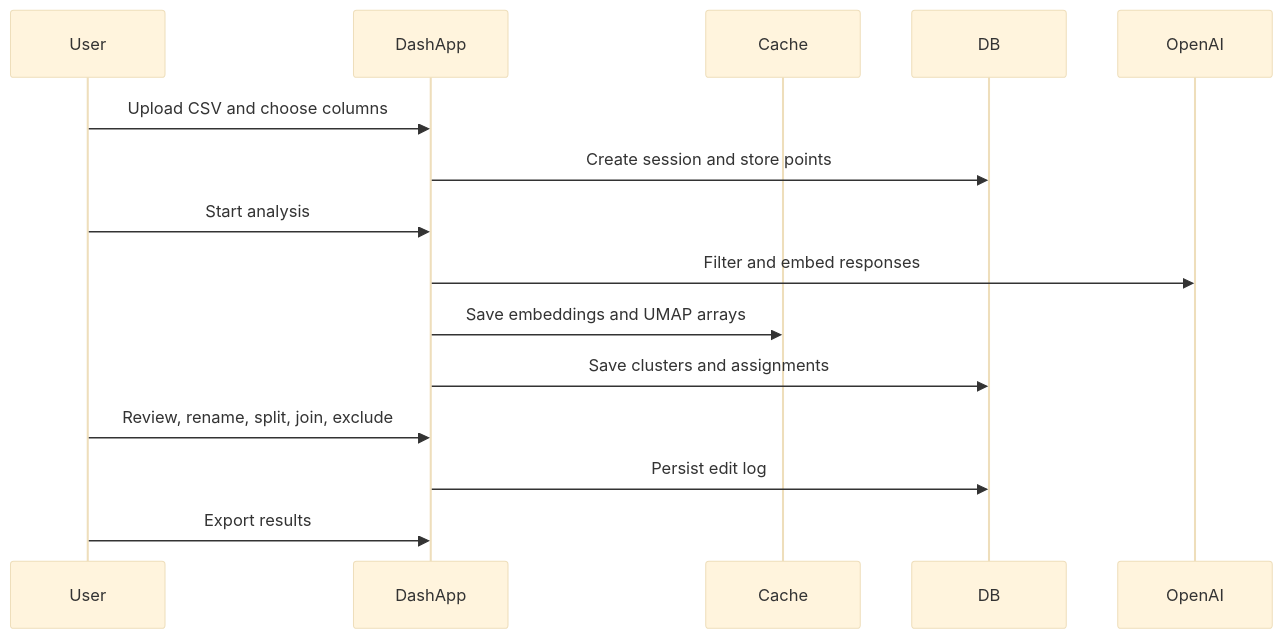
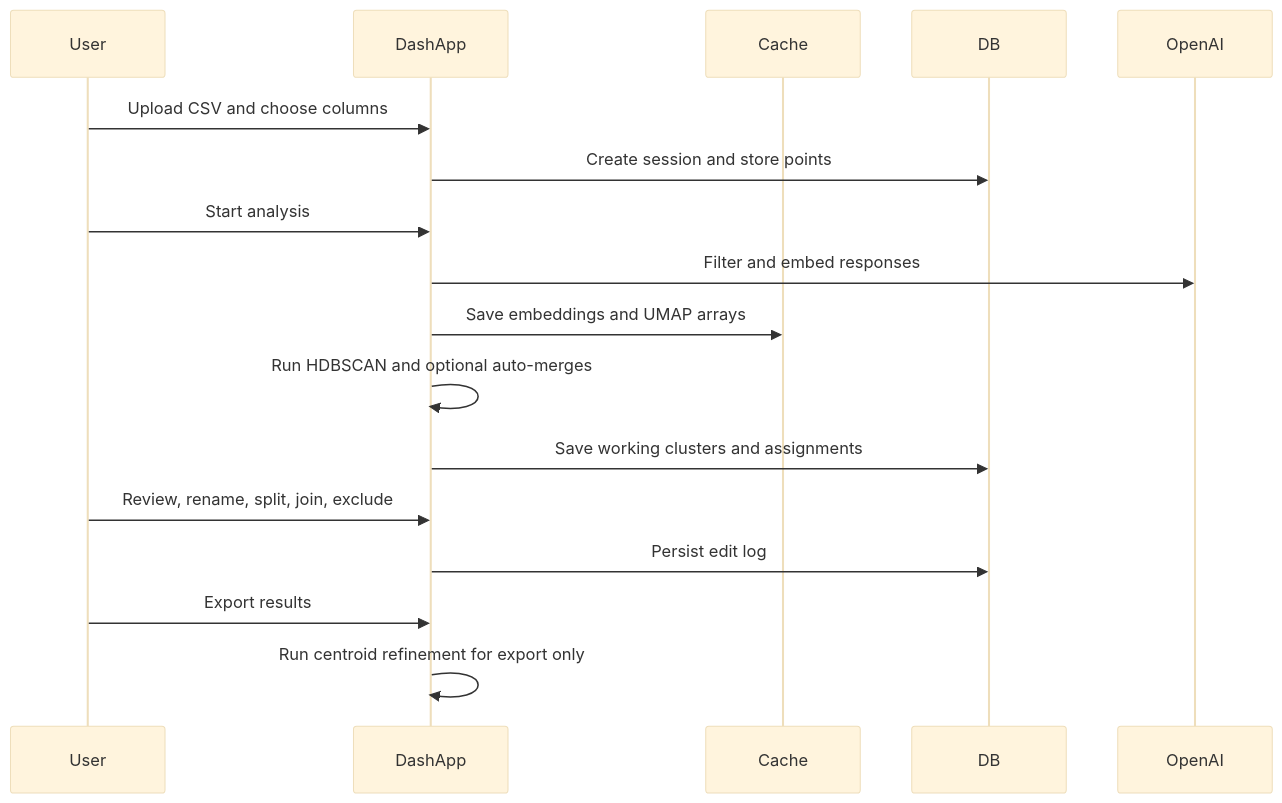
One commit to sp-tech-team/clustering-ai-survey-analysis changed the third of 3 diagrams in README.md. Above: the diagram before and after it, drawn with Mermaid (base theme). The commit also changed other lines of this file and 18 other files, not shown here.

````diff
--- a/README.md
+++ b/README.md
@@ -209,18 +225,20 @@
 ```mermaid
 sequenceDiagram
 	participant User
 	participant DashApp
 	participant Cache
 	participant DB
 	participant OpenAI
 
 	User->>DashApp: Upload CSV and choose columns
 	DashApp->>DB: Create session and store points
 	User->>DashApp: Start analysis
 	DashApp->>OpenAI: Filter and embed responses
 	DashApp->>Cache: Save embeddings and UMAP arrays
-	DashApp->>DB: Save clusters and assignments
+	DashApp->>DashApp: Run HDBSCAN and optional auto-merges
+	DashApp->>DB: Save working clusters and assignments
 	User->>DashApp: Review, rename, split, join, exclude
 	DashApp->>DB: Persist edit log
 	User->>DashApp: Export results
+	DashApp->>DashApp: Run centroid refinement for export only
 ```
````
